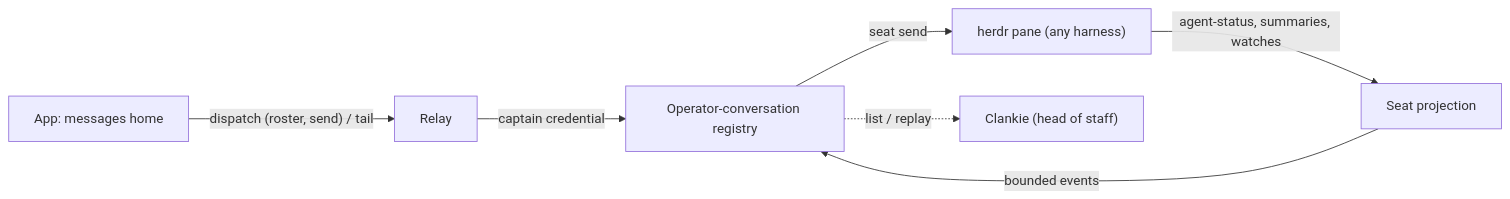
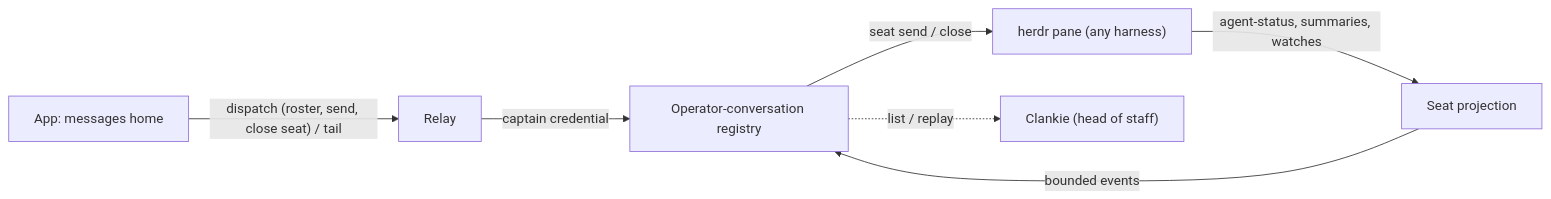
One commit to Volpestyle/clankie changed the diagram in docs/adr/0135-a-herdr-seat-is-a-conversation.md. Above: the diagram before and after it, drawn with Mermaid. The commit also changed other lines of this file and 9 other files, not shown here.

Commit message:
Close live agents through seat conversations

````diff
--- a/docs/adr/0135-a-herdr-seat-is-a-conversation.md
+++ b/docs/adr/0135-a-herdr-seat-is-a-conversation.md
@@ -112,9 +115,9 @@
 ```mermaid
 flowchart LR
-  App["App: messages home"] -->|"dispatch (roster, send) / tail"| Relay
+  App["App: messages home"] -->|"dispatch (roster, send, close seat) / tail"| Relay
   Relay -->|captain credential| Registry["Operator-conversation registry"]
-  Registry -->|"seat send"| Pane["herdr pane (any harness)"]
+  Registry -->|"seat send / close"| Pane["herdr pane (any harness)"]
   Pane -->|"agent-status, summaries, watches"| Proj["Seat projection"]
   Proj -->|"bounded events"| Registry
   Registry -.->|"list / replay"| Captain["Clankie (head of staff)"]
 ```
````
